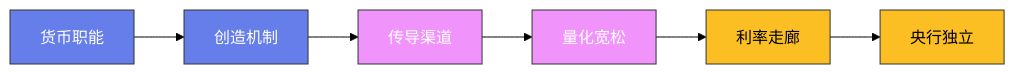
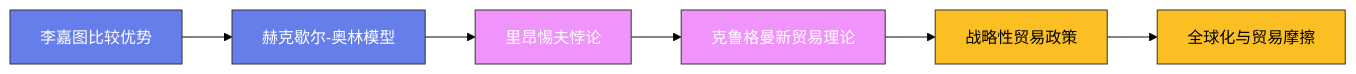
Before and after one commit to Fengur/Fengur.github.io: the diagram in content/posts/ModelCreate/经济学与金融/10-国际贸易理论.md, drawn with Mermaid (forest theme). The commit also changed 118 other files, not shown here.

````diff
--- a/content/posts/ModelCreate/经济学与金融/10-国际贸易理论.md
+++ b/content/posts/ModelCreate/经济学与金融/10-国际贸易理论.md
@@ -71,16 +71,16 @@
 ```mermaid
 graph LR
-    A["货币职能"] --> B["创造机制"]
-    B --> C["传导渠道"]
-    C --> D["量化宽松"]
-    D --> E["利率走廊"]
-    E --> F["央行独立"]
+    A["李嘉图比较优势"] --> B["赫克歇尔-奥林模型"]
+    B --> C["里昂惕夫悖论"]
+    C --> D["克鲁格曼新贸易理论"]
+    D --> E["战略性贸易政策"]
+    E --> F["全球化与贸易摩擦"]
 
     classDef early fill:#667eea,stroke:#333,color:white
     classDef mid fill:#f093fb,stroke:#333,color:white
     classDef modern fill:#fbbf24,stroke:#333,color:black
 
     class A,B early
     class C,D mid
     class E,F modern
 ```
````
